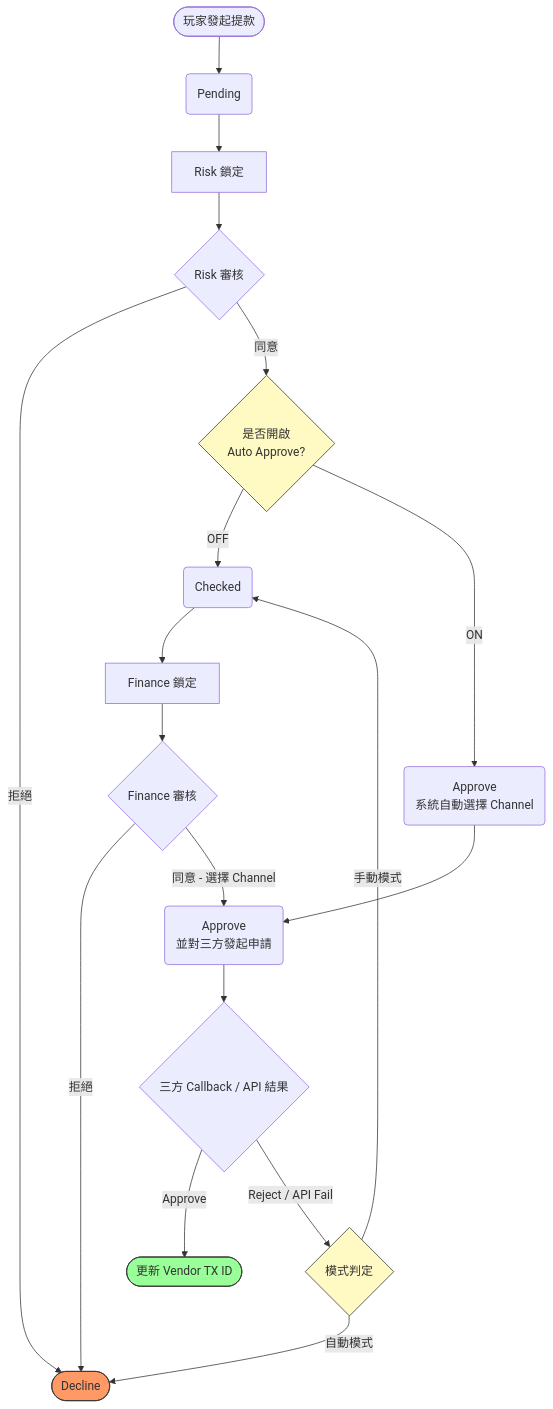
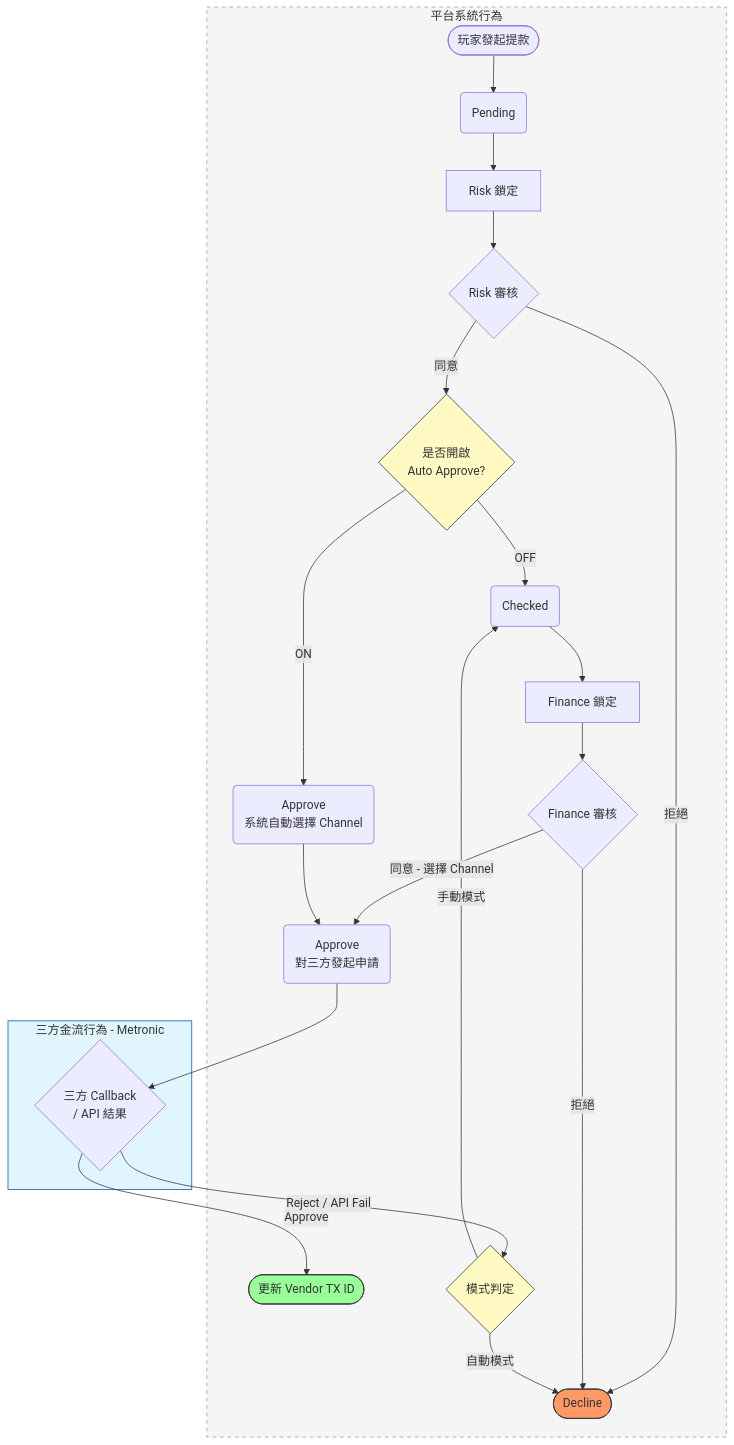
One commit to almightyken0425/SuSuGiGiSpec changed the diagram in no99_archive/sitflowchart.md. Above: the diagram before and after it, drawn with Mermaid.

````diff
--- a/no99_archive/sitflowchart.md
+++ b/no99_archive/sitflowchart.md
@@ -26,39 +26,59 @@
 ```mermaid
 graph TD
-    %% 初始步驟
-    Start([玩家發起提款]) --> Pending(Pending)
-    Pending --> Risk_Lock[Risk 鎖定]
-    Risk_Lock --> Risk_Action{Risk 審核}
-    
-    %% Risk 拒絕
-    Risk_Action -- 拒絕 --> Decline_Final([Decline])
-    
-    %% Risk 同意後檢查
-    Risk_Action -- 同意 --> Check_Auto{是否開啟<br/>Auto Approve?}
-    
-    %% 分支 1: 手動財務審核
-    Check_Auto -- OFF --> Checked(Checked)
-    Checked --> Finance_Lock[Finance 鎖定]
-    Finance_Lock --> Finance_Action{Finance 審核}
-    Finance_Action -- 拒絕 --> Decline_Final
-    Finance_Action -- 同意 - 選擇 Channel --> Approve_Request(Approve <br/>並對三方發起申請)
-    
-    %% 分支 2: 自動財務審核
-    Check_Auto -- ON --> Approve_Auto_Flow(Approve <br/>系統自動選擇 Channel)
-    Approve_Auto_Flow --> Approve_Request
-    
-    %% 三方處理與回報
-    Approve_Request --> Callback{三方 Callback / API 結果}
-    Callback -- Approve --> Success([更新 Vendor TX ID])
-    
-    %% 異常處理分支
-    Callback -- Reject / API Fail --> Fail_Branch{模式判定}
-    Fail_Branch -- 手動模式 --> Checked
-    Fail_Branch -- 自動模式 --> Decline_Final
+    subgraph Platform_System [平台系統行為]
+        %% 初始步驟
+        Start([玩家發起提款]) --> Pending(Pending)
+        Pending --> Risk_Lock[Risk 鎖定]
+        Risk_Action{Risk 審核}
+        Risk_Lock --> Risk_Action
+        
+        %% Risk 同意後檢查
+        Check_Auto{是否開啟<br/>Auto Approve?}
+        Risk_Action -- 同意 --> Check_Auto
+        
+        %% 分支 1: 手動財務審核
+        Checked(Checked)
+        Check_Auto -- OFF --> Checked
+        Finance_Lock[Finance 鎖定]
+        Checked --> Finance_Lock
+        Finance_Action{Finance 審核}
+        Finance_Lock --> Finance_Action
+        
+        %% 分支 2: 自動財務審核
+        Approve_Auto_Flow(Approve <br/>系統自動選擇 Channel)
+        Check_Auto -- ON --> Approve_Auto_Flow
+        
+        %% 共同發送 API 點
+        Approve_Request(Approve <br/>對三方發起申請)
+        Finance_Action -- 同意 - 選擇 Channel --> Approve_Request
+        Approve_Auto_Flow --> Approve_Request
+
+        %% 拒絕與成功最終站
+        Decline_Final([Decline])
+        Risk_Action -- 拒絕 --> Decline_Final
+        Finance_Action -- 拒絕 --> Decline_Final
+        
+        Success([更新 Vendor TX ID])
+
+        %% 異常處理分支
+        Fail_Branch{模式判定}
+        Fail_Branch -- 手動模式 --> Checked
+        Fail_Branch -- 自動模式 --> Decline_Final
+    end
+
+    subgraph Third_Party [三方金流行為 - Metronic]
+        Approve_Request --> Callback{三方 Callback <br/>/ API 結果}
+    end
+
+    %% 回傳平台處理
+    Callback -- Approve --> Success
+    Callback -- Reject / API Fail --> Fail_Branch
 
     %% 樣式美化
     style Decline_Final fill:#f96,stroke:#333
     style Success fill:#9f9,stroke:#333
     style Check_Auto fill:#fff9c4,stroke:#333
     style Fail_Branch fill:#fff9c4,stroke:#333
+    style Platform_System fill:#f5f5f5,stroke:#999,stroke-dasharray: 5 5
+    style Third_Party fill:#e1f5fe,stroke:#01579b
 ```
````
